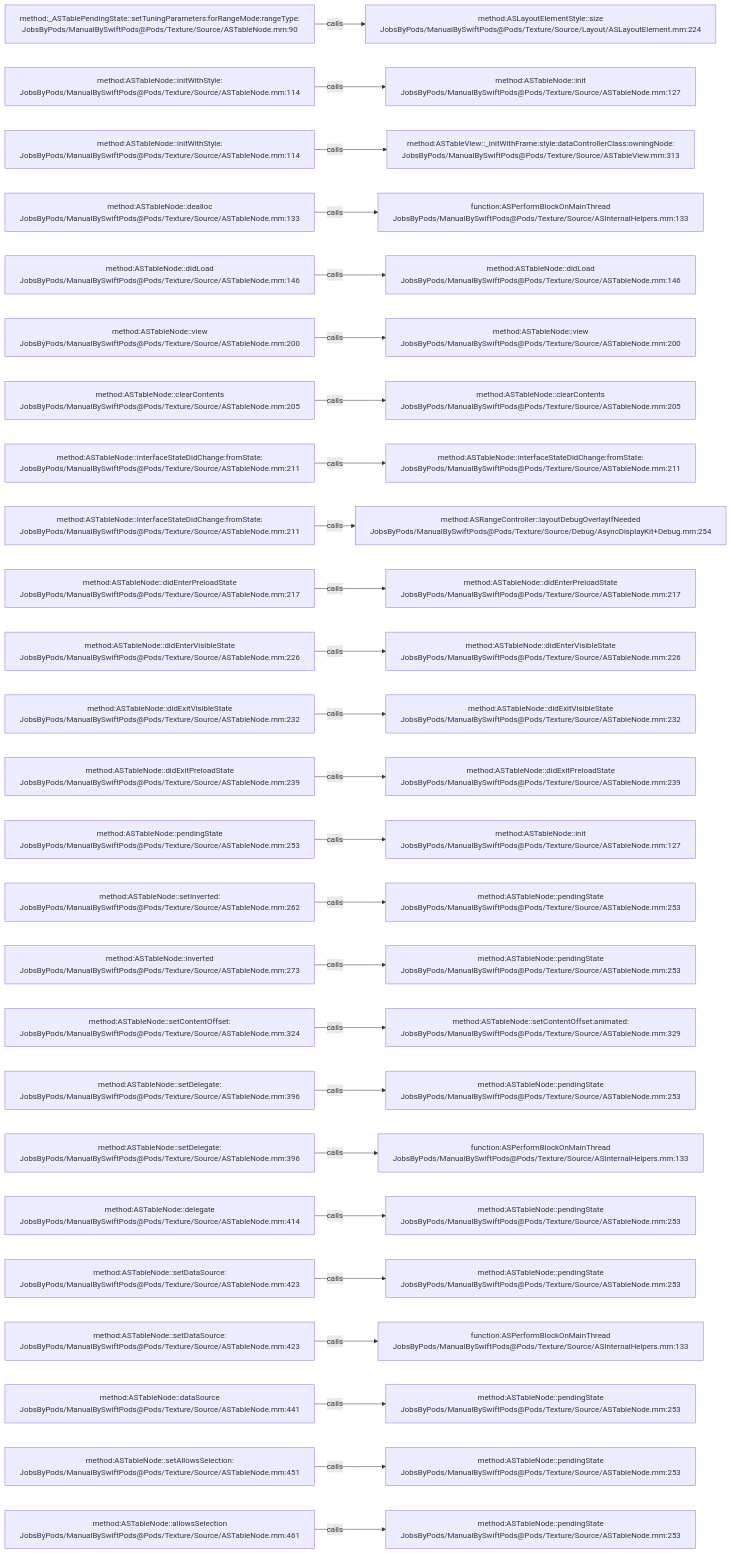
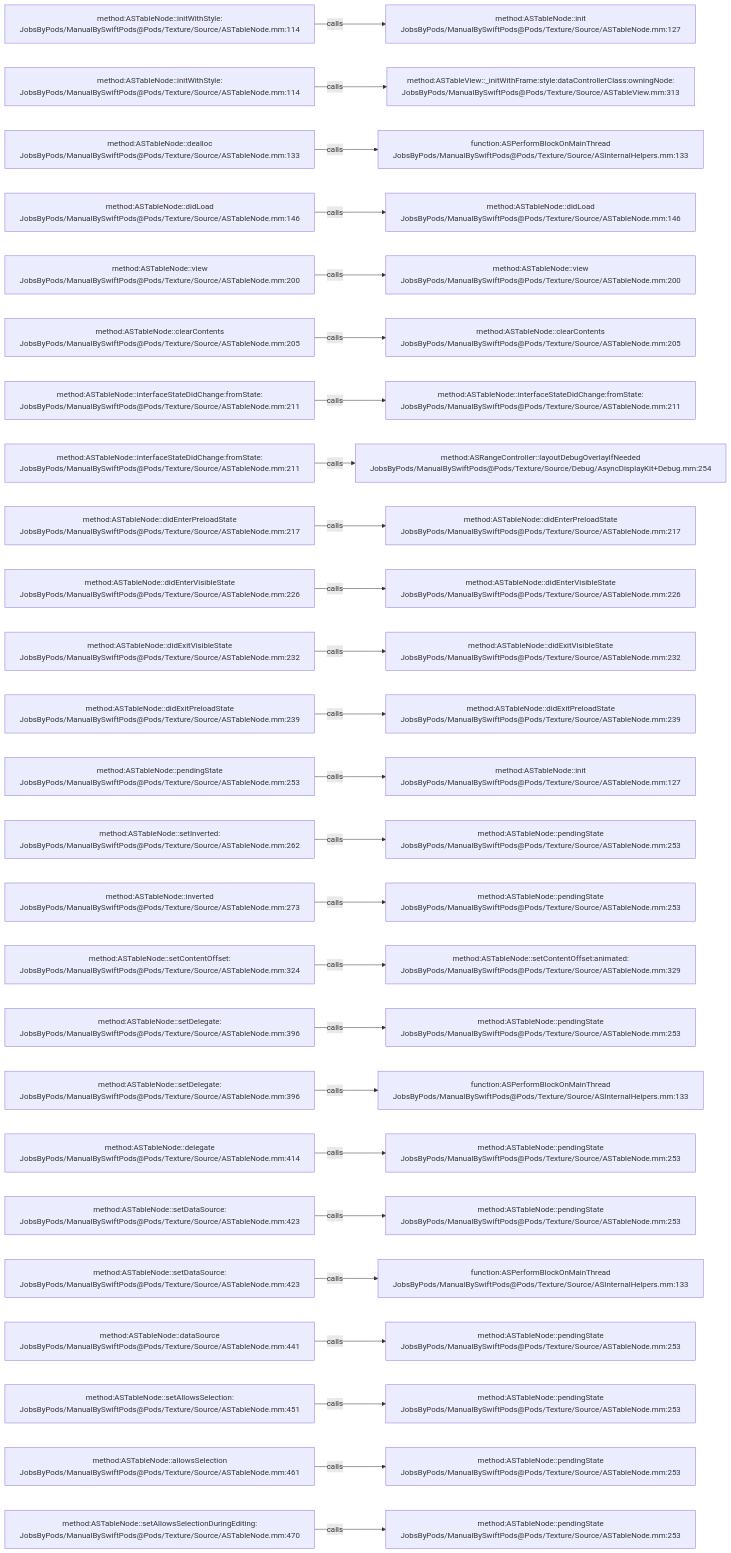
One commit to JobsKits/JobsSwiftBaseConfigDemo changed the diagram in .codegraph/codegraph.md/graphs/calls-055.md. Above: the diagram before and after it, drawn with Mermaid. The commit also changed 747 other files, not shown here.

````diff
--- a/.codegraph/codegraph.md/graphs/calls-055.md
+++ b/.codegraph/codegraph.md/graphs/calls-055.md
@@ -13,78 +13,78 @@
 ```mermaid
 flowchart LR
-  S1["method:_ASTablePendingState::setTuningParameters:forRangeMode:rangeType:<br/>JobsByPods/ManualBySwiftPods@Pods/Texture/Source/ASTableNode.mm:90"]
-  T1["method:ASLayoutElementStyle::size<br/>JobsByPods/ManualBySwiftPods@Pods/Texture/Source/Layout/ASLayoutElement.mm:224"]
+  S1["method:ASTableNode::initWithStyle:<br/>JobsByPods/ManualBySwiftPods@Pods/Texture/Source/ASTableNode.mm:114"]
+  T1["method:ASTableNode::init<br/>JobsByPods/ManualBySwiftPods@Pods/Texture/Source/ASTableNode.mm:127"]
   S1 -->|calls| T1
   S2["method:ASTableNode::initWithStyle:<br/>JobsByPods/ManualBySwiftPods@Pods/Texture/Source/ASTableNode.mm:114"]
-  T2["method:ASTableNode::init<br/>JobsByPods/ManualBySwiftPods@Pods/Texture/Source/ASTableNode.mm:127"]
+  T2["method:ASTableView::_initWithFrame:style:dataControllerClass:owningNode:<br/>JobsByPods/ManualBySwiftPods@Pods/Texture/Source/ASTableView.mm:313"]
   S2 -->|calls| T2
-  S3["method:ASTableNode::initWithStyle:<br/>JobsByPods/ManualBySwiftPods@Pods/Texture/Source/ASTableNode.mm:114"]
-  T3["method:ASTableView::_initWithFrame:style:dataControllerClass:owningNode:<br/>JobsByPods/ManualBySwiftPods@Pods/Texture/Source/ASTableView.mm:313"]
+  S3["method:ASTableNode::dealloc<br/>JobsByPods/ManualBySwiftPods@Pods/Texture/Source/ASTableNode.mm:133"]
+  T3["function:ASPerformBlockOnMainThread<br/>JobsByPods/ManualBySwiftPods@Pods/Texture/Source/ASInternalHelpers.mm:133"]
   S3 -->|calls| T3
-  S4["method:ASTableNode::dealloc<br/>JobsByPods/ManualBySwiftPods@Pods/Texture/Source/ASTableNode.mm:133"]
-  T4["function:ASPerformBlockOnMainThread<br/>JobsByPods/ManualBySwiftPods@Pods/Texture/Source/ASInternalHelpers.mm:133"]
+  S4["method:ASTableNode::didLoad<br/>JobsByPods/ManualBySwiftPods@Pods/Texture/Source/ASTableNode.mm:146"]
+  T4["method:ASTableNode::didLoad<br/>JobsByPods/ManualBySwiftPods@Pods/Texture/Source/ASTableNode.mm:146"]
   S4 -->|calls| T4
-  S5["method:ASTableNode::didLoad<br/>JobsByPods/ManualBySwiftPods@Pods/Texture/Source/ASTableNode.mm:146"]
-  T5["method:ASTableNode::didLoad<br/>JobsByPods/ManualBySwiftPods@Pods/Texture/Source/ASTableNode.mm:146"]
+  S5["method:ASTableNode::view<br/>JobsByPods/ManualBySwiftPods@Pods/Texture/Source/ASTableNode.mm:200"]
+  T5["method:ASTableNode::view<br/>JobsByPods/ManualBySwiftPods@Pods/Texture/Source/ASTableNode.mm:200"]
   S5 -->|calls| T5
-  S6["method:ASTableNode::view<br/>JobsByPods/ManualBySwiftPods@Pods/Texture/Source/ASTableNode.mm:200"]
-  T6["method:ASTableNode::view<br/>JobsByPods/ManualBySwiftPods@Pods/Texture/Source/ASTableNode.mm:200"]
+  S6["method:ASTableNode::clearContents<br/>JobsByPods/ManualBySwiftPods@Pods/Texture/Source/ASTableNode.mm:205"]
+  T6["method:ASTableNode::clearContents<br/>JobsByPods/ManualBySwiftPods@Pods/Texture/Source/ASTableNode.mm:205"]
   S6 -->|calls| T6
-  S7["method:ASTableNode::clearContents<br/>JobsByPods/ManualBySwiftPods@Pods/Texture/Source/ASTableNode.mm:205"]
-  T7["method:ASTableNode::clearContents<br/>JobsByPods/ManualBySwiftPods@Pods/Texture/Source/ASTableNode.mm:205"]
+  S7["method:ASTableNode::interfaceStateDidChange:fromState:<br/>JobsByPods/ManualBySwiftPods@Pods/Texture/Source/ASTableNode.mm:211"]
+  T7["method:ASTableNode::interfaceStateDidChange:fromState:<br/>JobsByPods/ManualBySwiftPods@Pods/Texture/Source/ASTableNode.mm:211"]
   S7 -->|calls| T7
   S8["method:ASTableNode::interfaceStateDidChange:fromState:<br/>JobsByPods/ManualBySwiftPods@Pods/Texture/Source/ASTableNode.mm:211"]
-  T8["method:ASTableNode::interfaceStateDidChange:fromState:<br/>JobsByPods/ManualBySwiftPods@Pods/Texture/Source/ASTableNode.mm:211"]
+  T8["method:ASRangeController::layoutDebugOverlayIfNeeded<br/>JobsByPods/ManualBySwiftPods@Pods/Texture/Source/Debug/AsyncDisplayKit+Debug.mm:254"]
   S8 -->|calls| T8
-  S9["method:ASTableNode::interfaceStateDidChange:fromState:<br/>JobsByPods/ManualBySwiftPods@Pods/Texture/Source/ASTableNode.mm:211"]
-  T9["method:ASRangeController::layoutDebugOverlayIfNeeded<br/>JobsByPods/ManualBySwiftPods@Pods/Texture/Source/Debug/AsyncDisplayKit+Debug.mm:254"]
+  S9["method:ASTableNode::didEnterPreloadState<br/>JobsByPods/ManualBySwiftPods@Pods/Texture/Source/ASTableNode.mm:217"]
+  T9["method:ASTableNode::didEnterPreloadState<br/>JobsByPods/ManualBySwiftPods@Pods/Texture/Source/ASTableNode.mm:217"]
   S9 -->|calls| T9
-  S10["method:ASTableNode::didEnterPreloadState<br/>JobsByPods/ManualBySwiftPods@Pods/Texture/Source/ASTableNode.mm:217"]
-  T10["method:ASTableNode::didEnterPreloadState<br/>JobsByPods/ManualBySwiftPods@Pods/Texture/Source/ASTableNode.mm:217"]
+  S10["method:ASTableNode::didEnterVisibleState<br/>JobsByPods/ManualBySwiftPods@Pods/Texture/Source/ASTableNode.mm:226"]
+  T10["method:ASTableNode::didEnterVisibleState<br/>JobsByPods/ManualBySwiftPods@Pods/Texture/Source/ASTableNode.mm:226"]
   S10 -->|calls| T10
-  S11["method:ASTableNode::didEnterVisibleState<br/>JobsByPods/ManualBySwiftPods@Pods/Texture/Source/ASTableNode.mm:226"]
-  T11["method:ASTableNode::didEnterVisibleState<br/>JobsByPods/ManualBySwiftPods@Pods/Texture/Source/ASTableNode.mm:226"]
+  S11["method:ASTableNode::didExitVisibleState<br/>JobsByPods/ManualBySwiftPods@Pods/Texture/Source/ASTableNode.mm:232"]
+  T11["method:ASTableNode::didExitVisibleState<br/>JobsByPods/ManualBySwiftPods@Pods/Texture/Source/ASTableNode.mm:232"]
   S11 -->|calls| T11
-  S12["method:ASTableNode::didExitVisibleState<br/>JobsByPods/ManualBySwiftPods@Pods/Texture/Source/ASTableNode.mm:232"]
-  T12["method:ASTableNode::didExitVisibleState<br/>JobsByPods/ManualBySwiftPods@Pods/Texture/Source/ASTableNode.mm:232"]
+  S12["method:ASTableNode::didExitPreloadState<br/>JobsByPods/ManualBySwiftPods@Pods/Texture/Source/ASTableNode.mm:239"]
+  T12["method:ASTableNode::didExitPreloadState<br/>JobsByPods/ManualBySwiftPods@Pods/Texture/Source/ASTableNode.mm:239"]
   S12 -->|calls| T12
-  S13["method:ASTableNode::didExitPreloadState<br/>JobsByPods/ManualBySwiftPods@Pods/Texture/Source/ASTableNode.mm:239"]
-  T13["method:ASTableNode::didExitPreloadState<br/>JobsByPods/ManualBySwiftPods@Pods/Texture/Source/ASTableNode.mm:239"]
+  S13["method:ASTableNode::pendingState<br/>JobsByPods/ManualBySwiftPods@Pods/Texture/Source/ASTableNode.mm:253"]
+  T13["method:ASTableNode::init<br/>JobsByPods/ManualBySwiftPods@Pods/Texture/Source/ASTableNode.mm:127"]
   S13 -->|calls| T13
-  S14["method:ASTableNode::pendingState<br/>JobsByPods/ManualBySwiftPods@Pods/Texture/Source/ASTableNode.mm:253"]
-  T14["method:ASTableNode::init<br/>JobsByPods/ManualBySwiftPods@Pods/Texture/Source/ASTableNode.mm:127"]
+  S14["method:ASTableNode::setInverted:<br/>JobsByPods/ManualBySwiftPods@Pods/Texture/Source/ASTableNode.mm:262"]
+  T14["method:ASTableNode::pendingState<br/>JobsByPods/ManualBySwiftPods@Pods/Texture/Source/ASTableNode.mm:253"]
   S14 -->|calls| T14
-  S15["method:ASTableNode::setInverted:<br/>JobsByPods/ManualBySwiftPods@Pods/Texture/Source/ASTableNode.mm:262"]
+  S15["method:ASTableNode::inverted<br/>JobsByPods/ManualBySwiftPods@Pods/Texture/Source/ASTableNode.mm:273"]
   T15["method:ASTableNode::pendingState<br/>JobsByPods/ManualBySwiftPods@Pods/Texture/Source/ASTableNode.mm:253"]
   S15 -->|calls| T15
-  S16["method:ASTableNode::inverted<br/>JobsByPods/ManualBySwiftPods@Pods/Texture/Source/ASTableNode.mm:273"]
-  T16["method:ASTableNode::pendingState<br/>JobsByPods/ManualBySwiftPods@Pods/Texture/Source/ASTableNode.mm:253"]
+  S16["method:ASTableNode::setContentOffset:<br/>JobsByPods/ManualBySwiftPods@Pods/Texture/Source/ASTableNode.mm:324"]
+  T16["method:ASTableNode::setContentOffset:animated:<br/>JobsByPods/ManualBySwiftPods@Pods/Texture/Source/ASTableNode.mm:329"]
   S16 -->|calls| T16
-  S17["method:ASTableNode::setContentOffset:<br/>JobsByPods/ManualBySwiftPods@Pods/Texture/Source/ASTableNode.mm:324"]
-  T17["method:ASTableNode::setContentOffset:animated:<br/>JobsByPods/ManualBySwiftPods@Pods/Texture/Source/ASTableNode.mm:329"]
+  S17["method:ASTableNode::setDelegate:<br/>JobsByPods/ManualBySwiftPods@Pods/Texture/Source/ASTableNode.mm:396"]
+  T17["method:ASTableNode::pendingState<br/>JobsByPods/ManualBySwiftPods@Pods/Texture/Source/ASTableNode.mm:253"]
   S17 -->|calls| T17
   S18["method:ASTableNode::setDelegate:<br/>JobsByPods/ManualBySwiftPods@Pods/Texture/Source/ASTableNode.mm:396"]
-  T18["method:ASTableNode::pendingState<br/>JobsByPods/ManualBySwiftPods@Pods/Texture/Source/ASTableNode.mm:253"]
+  T18["function:ASPerformBlockOnMainThread<br/>JobsByPods/ManualBySwiftPods@Pods/Texture/Source/ASInternalHelpers.mm:133"]
   S18 -->|calls| T18
-  S19["method:ASTableNode::setDelegate:<br/>JobsByPods/ManualBySwiftPods@Pods/Texture/Source/ASTableNode.mm:396"]
-  T19["function:ASPerformBlockOnMainThread<br/>JobsByPods/ManualBySwiftPods@Pods/Texture/Source/ASInternalHelpers.mm:133"]
+  S19["method:ASTableNode::delegate<br/>JobsByPods/ManualBySwiftPods@Pods/Texture/Source/ASTableNode.mm:414"]
+  T19["method:ASTableNode::pendingState<br/>JobsByPods/ManualBySwiftPods@Pods/Texture/Source/ASTableNode.mm:253"]
   S19 -->|calls| T19
-  S20["method:ASTableNode::delegate<br/>JobsByPods/ManualBySwiftPods@Pods/Texture/Source/ASTableNode.mm:414"]
+  S20["method:ASTableNode::setDataSource:<br/>JobsByPods/ManualBySwiftPods@Pods/Texture/Source/ASTableNode.mm:423"]
   T20["method:ASTableNode::pendingState<br/>JobsByPods/ManualBySwiftPods@Pods/Texture/Source/ASTableNode.mm:253"]
   S20 -->|calls| T20
   S21["method:ASTableNode::setDataSource:<br/>JobsByPods/ManualBySwiftPods@Pods/Texture/Source/ASTableNode.mm:423"]
-  T21["method:ASTableNode::pendingState<br/>JobsByPods/ManualBySwiftPods@Pods/Texture/Source/ASTableNode.mm:253"]
+  T21["function:ASPerformBlockOnMainThread<br/>JobsByPods/ManualBySwiftPods@Pods/Texture/Source/ASInternalHelpers.mm:133"]
   S21 -->|calls| T21
-  S22["method:ASTableNode::setDataSource:<br/>JobsByPods/ManualBySwiftPods@Pods/Texture/Source/ASTableNode.mm:423"]
-  T22["function:ASPerformBlockOnMainThread<br/>JobsByPods/ManualBySwiftPods@Pods/Texture/Source/ASInternalHelpers.mm:133"]
+  S22["method:ASTableNode::dataSource<br/>JobsByPods/ManualBySwiftPods@Pods/Texture/Source/ASTableNode.mm:441"]
+  T22["method:ASTableNode::pendingState<br/>JobsByPods/ManualBySwiftPods@Pods/Texture/Source/ASTableNode.mm:253"]
   S22 -->|calls| T22
-  S23["method:ASTableNode::dataSource<br/>JobsByPods/ManualBySwiftPods@Pods/Texture/Source/ASTableNode.mm:441"]
+  S23["method:ASTableNode::setAllowsSelection:<br/>JobsByPods/ManualBySwiftPods@Pods/Texture/Source/ASTableNode.mm:451"]
   T23["method:ASTableNode::pendingState<br/>JobsByPods/ManualBySwiftPods@Pods/Texture/Source/ASTableNode.mm:253"]
   S23 -->|calls| T23
-  S24["method:ASTableNode::setAllowsSelection:<br/>JobsByPods/ManualBySwiftPods@Pods/Texture/Source/ASTableNode.mm:451"]
+  S24["method:ASTableNode::allowsSelection<br/>JobsByPods/ManualBySwiftPods@Pods/Texture/Source/ASTableNode.mm:461"]
   T24["method:ASTableNode::pendingState<br/>JobsByPods/ManualBySwiftPods@Pods/Texture/Source/ASTableNode.mm:253"]
   S24 -->|calls| T24
-  S25["method:ASTableNode::allowsSelection<br/>JobsByPods/ManualBySwiftPods@Pods/Texture/Source/ASTableNode.mm:461"]
+  S25["method:ASTableNode::setAllowsSelectionDuringEditing:<br/>JobsByPods/ManualBySwiftPods@Pods/Texture/Source/ASTableNode.mm:470"]
   T25["method:ASTableNode::pendingState<br/>JobsByPods/ManualBySwiftPods@Pods/Texture/Source/ASTableNode.mm:253"]
   S25 -->|calls| T25
 ```
````
